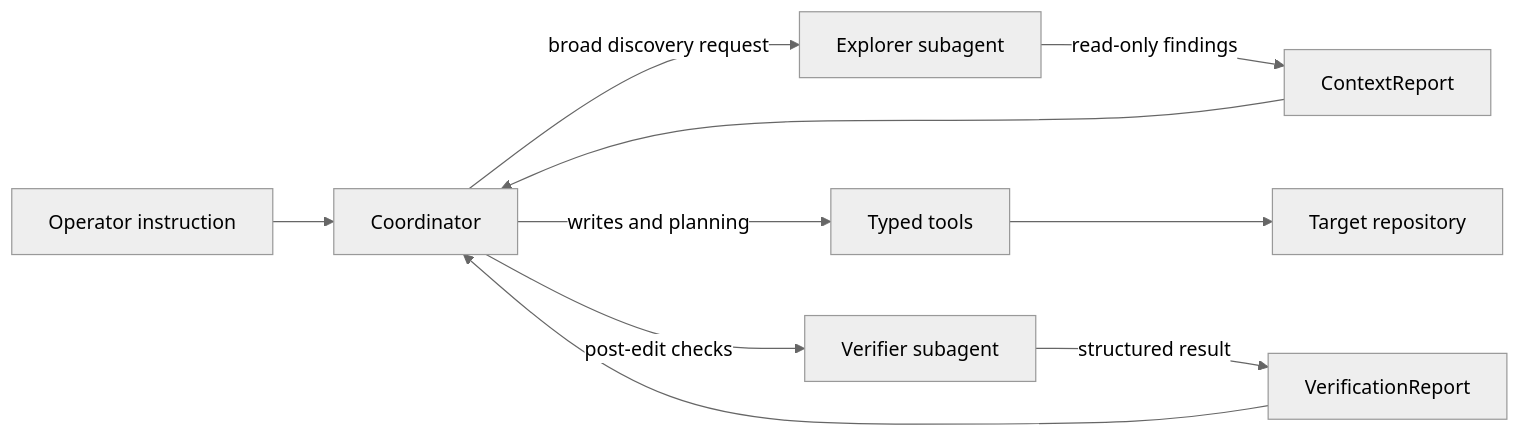
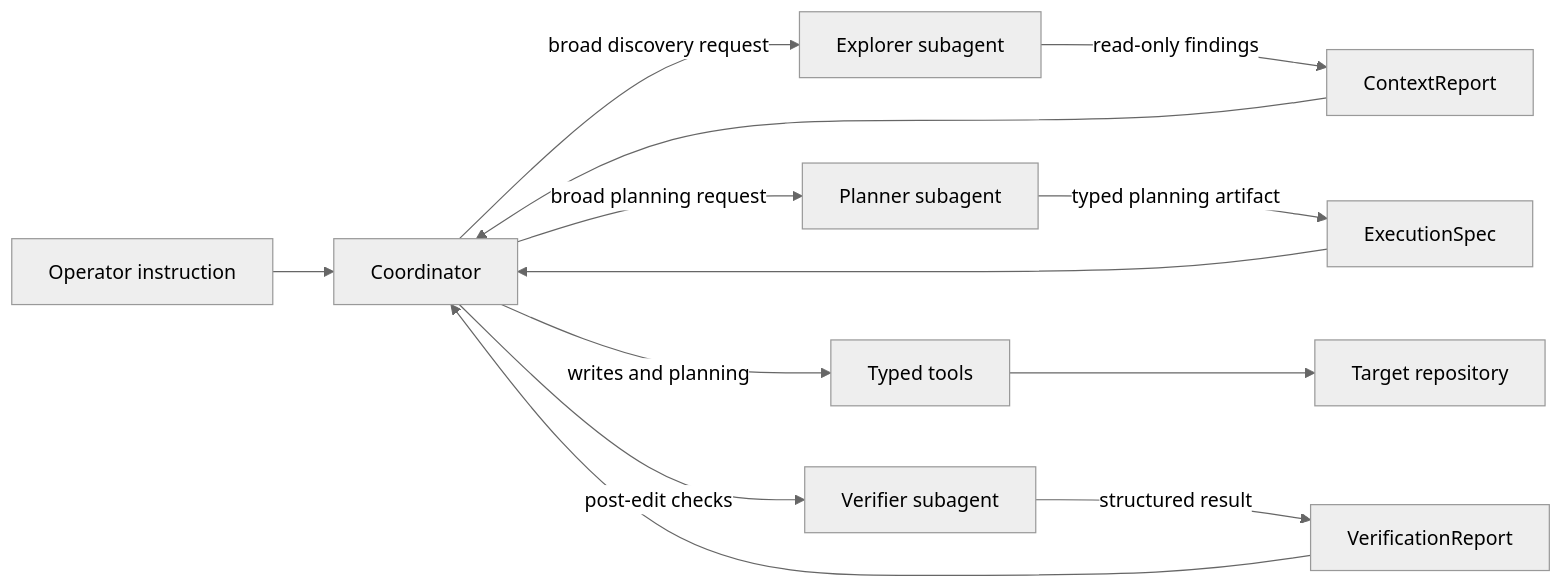
One commit to thisisyoussef/shipyard changed the second of 2 diagrams in shipyard/CODEAGENT.md. Above: the diagram before and after it, drawn with Mermaid (neutral theme). The commit also changed other lines of this file and 20 other files, not shown here.

Commit message:
feat: add execution spec planner contract

````diff
--- a/shipyard/CODEAGENT.md
+++ b/shipyard/CODEAGENT.md
@@ -183,21 +185,26 @@
 ```mermaid
 flowchart LR
   Operator["Operator instruction"]
   Coordinator["Coordinator"]
   Explorer["Explorer subagent"]
+  Planner["Planner subagent"]
   Verifier["Verifier subagent"]
   ContextReport["ContextReport"]
+  ExecutionSpec["ExecutionSpec"]
   VerificationReport["VerificationReport"]
   Tools["Typed tools"]
   Target["Target repository"]
 
   Operator --> Coordinator
   Coordinator -->|broad discovery request| Explorer
   Explorer -->|read-only findings| ContextReport
   ContextReport --> Coordinator
+  Coordinator -->|broad planning request| Planner
+  Planner -->|typed planning artifact| ExecutionSpec
+  ExecutionSpec --> Coordinator
   Coordinator -->|writes and planning| Tools
   Tools --> Target
   Coordinator -->|post-edit checks| Verifier
   Verifier -->|structured result| VerificationReport
   VerificationReport --> Coordinator
 ```
````
